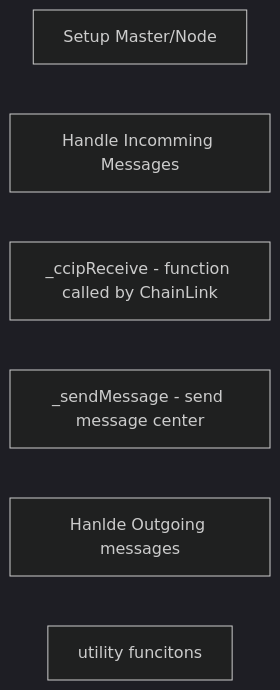
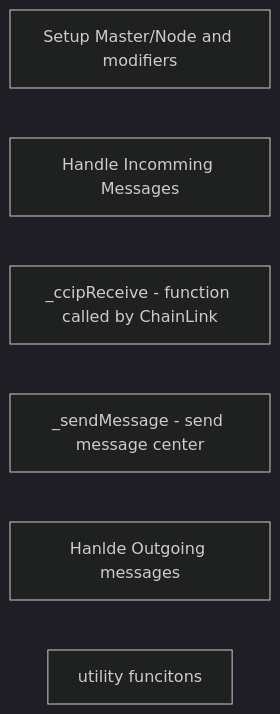
One commit to ddrr1337/warp_yield_frontend changed the diagram in src/pages/docs/structure.mdx. Above: the diagram before and after it, drawn with Mermaid (dark theme). The commit also changed 14 other files, not shown here.

````diff
--- a/src/pages/docs/structure.mdx
+++ b/src/pages/docs/structure.mdx
@@ -31,9 +31,9 @@
 ```mermaid 
 flowchart LR;
-    A[Setup Master/Node]
+    A[Setup Master/Node and modifiers]
     B[Handle Incomming Messages]
     C[_ccipReceive - function called by ChainLink]
     D[_sendMessage - send message center]
     E[Hanlde Outgoing messages]
     F[utility funcitons]
 ```
````
